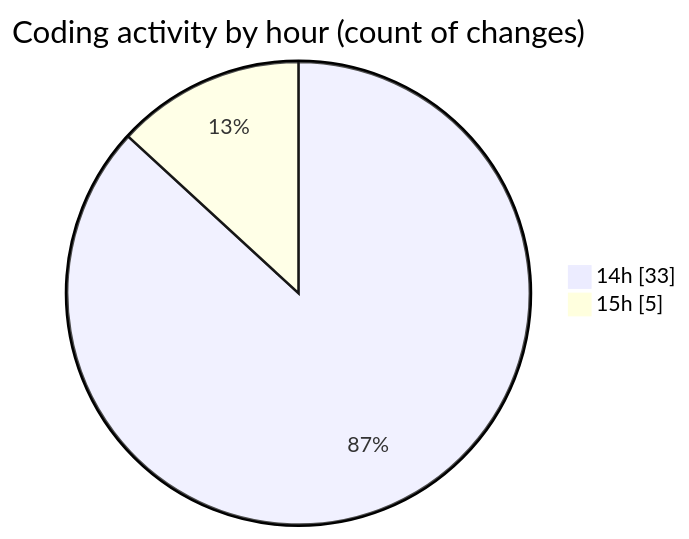
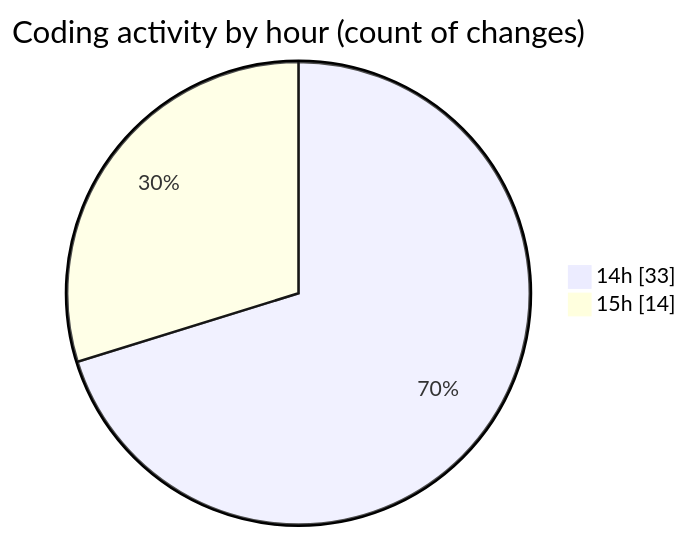
The second of 2 diagrams in 2025-02-07/recipe-page-main/README.md (NitaiMahat/code-tracking), drawn with Mermaid before and after one commit. The commit also changed other lines of this file and 1 other file, not shown here.

````diff
--- a/2025-02-07/recipe-page-main/README.md
+++ b/2025-02-07/recipe-page-main/README.md
@@ -30,6 +30,6 @@
 ```mermaid
 pie showData
 title Coding activity by hour (count of changes)
 "14h" : 33
-"15h" : 5
+"15h" : 14
 ```
````
